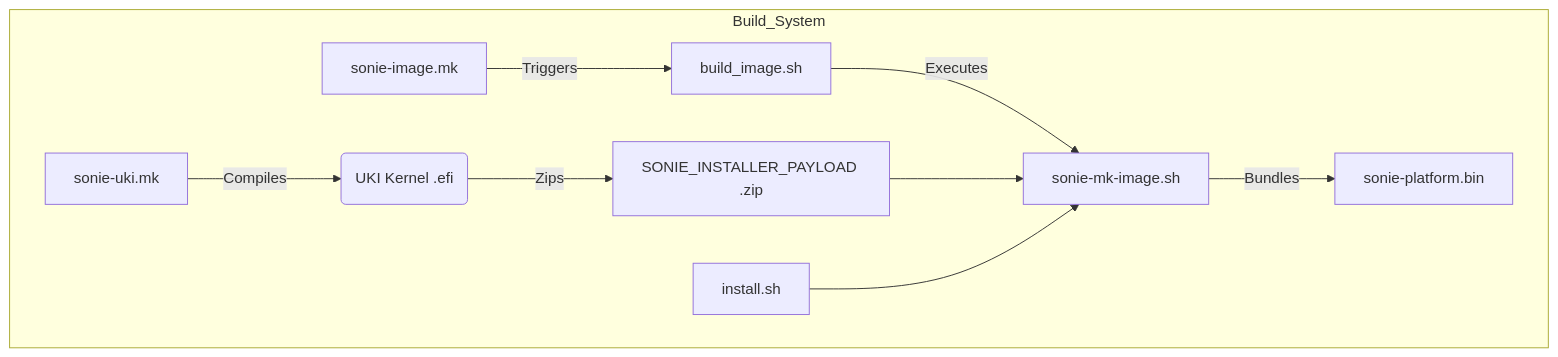
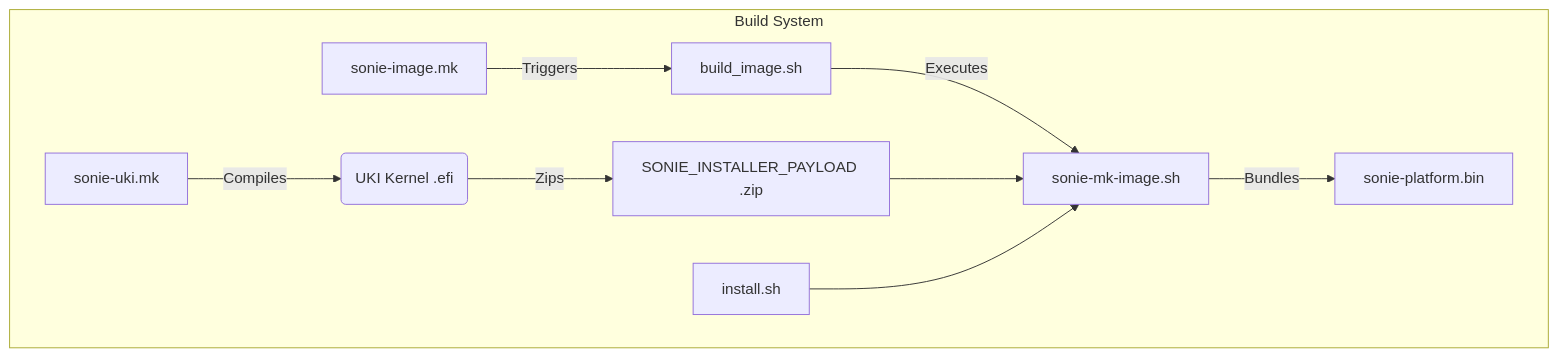
The first of 7 diagrams in sonie-installer/docs/sonie_installer_hld.md (jasonbridges/sonic-buildimage), drawn with Mermaid before and after one commit. The commit also changed other lines of this file and 29 other files, not shown here.

Commit message:
Update build toolchain, Dockerfiles, and provide sonie target alias

````diff
--- a/sonie-installer/docs/sonie_installer_hld.md
+++ b/sonie-installer/docs/sonie_installer_hld.md
@@ -66,12 +52,12 @@
 ```mermaid
-graph TD
-    subgraph Build_System
-    A[sonie-uki.mk] -->|Compiles| B(UKI Kernel .efi)
-    B -->|Zips| C[SONIE_INSTALLER_PAYLOAD .zip]
-    D[sonie-image.mk] -->|Triggers| E[build_image.sh]
-    E -->|Executes| F[sonie-mk-image.sh]
+flowchart TD
+    subgraph Build_System ["Build System"]
+    A["sonie-uki.mk"] -->|Compiles| B("UKI Kernel .efi")
+    B -->|Zips| C["SONIE_INSTALLER_PAYLOAD .zip"]
+    D["sonie-image.mk"] -->|Triggers| E["build_image.sh"]
+    E -->|Executes| F["sonie-mk-image.sh"]
     C --> F
-    G[install.sh] --> F
-    F -->|Bundles| H[sonie-platform.bin]
+    G["install.sh"] --> F
+    F -->|Bundles| H["sonie-platform.bin"]
     end
 ```
````
